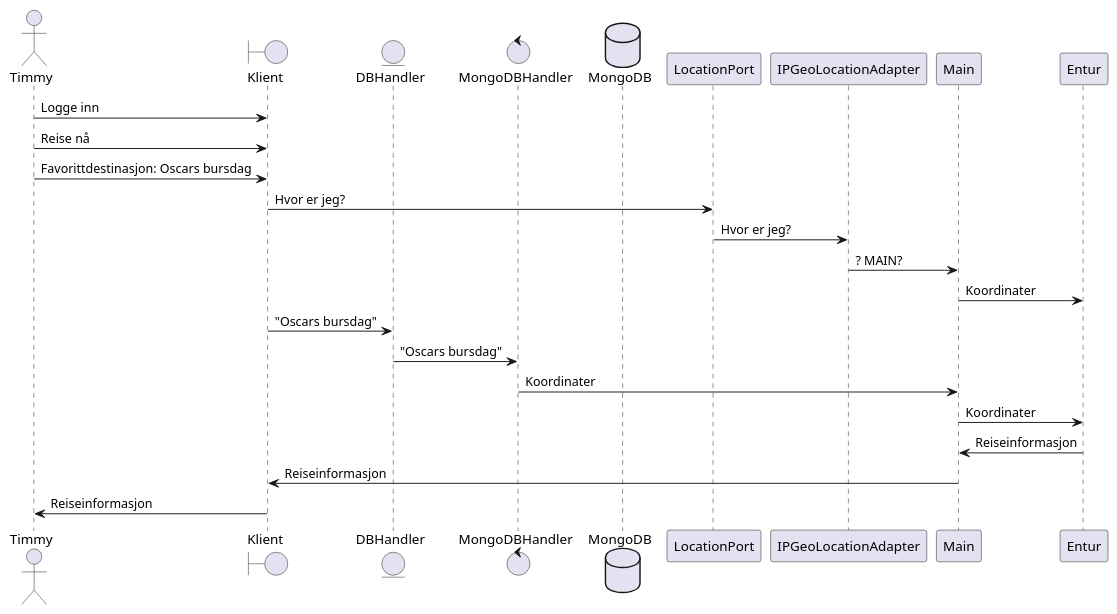
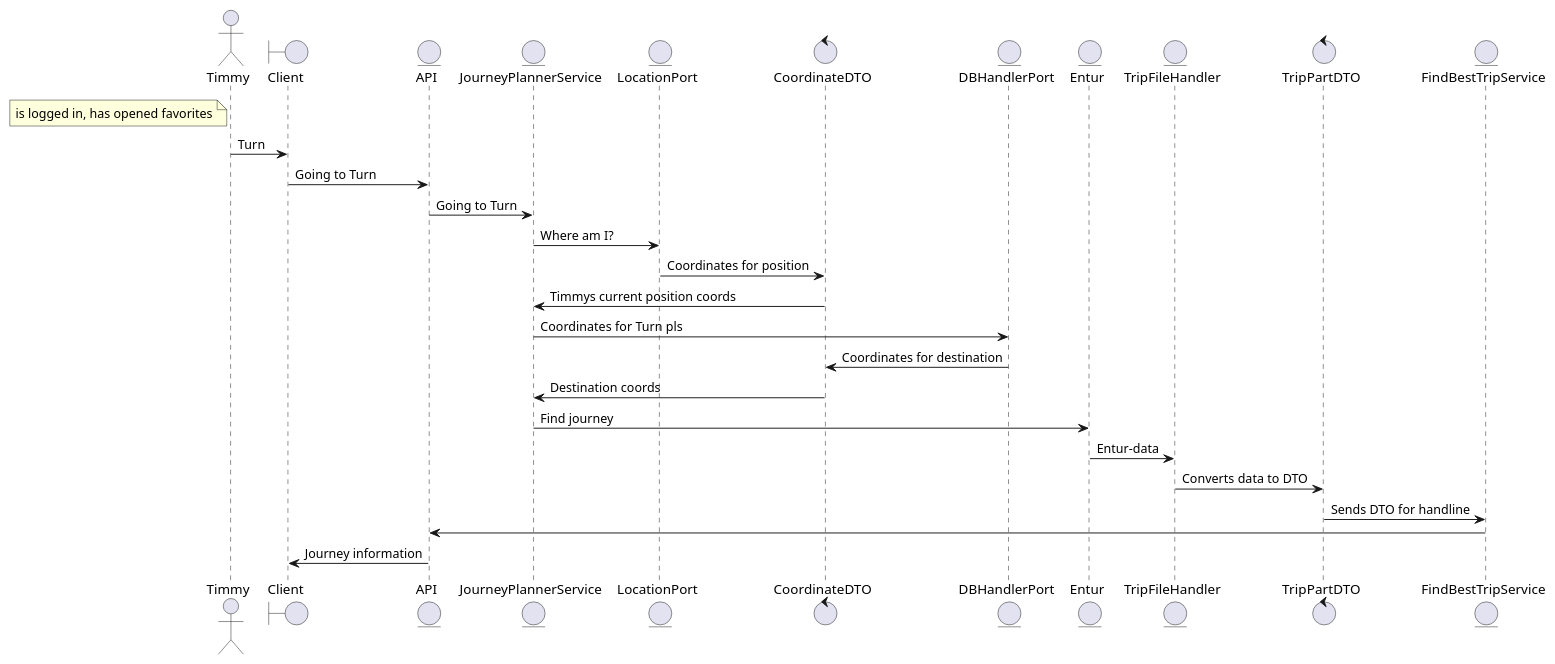
One commit to ditmann/Software-Gruppe-2 changed the diagram in PlantUML/timmyMottarDestinasjonFraMor.puml. Above: the diagram before and after it, drawn with PlantUML.

Commit message:
♻️ 🍆 New timmy flow

```diff
--- a/PlantUML/timmyMottarDestinasjonFraMor.puml
+++ b/PlantUML/timmyMottarDestinasjonFraMor.puml
@@ -1,30 +1,41 @@
 @startuml
 'https://plantuml.com/sequence-diagram
 
 actor Timmy
-boundary Klient
-entity DBHandler
-control MongoDBHandler
-database MongoDB
+boundary Client
+entity API
+entity JourneyPlannerService as jps
+entity LocationPort
+control CoordinateDTO as cdto
+entity DBHandlerPort as dbh
+entity Entur
+entity TripFileHandler
+control TripPartDTO as tpdto
+entity FindBestTripService as bts
+
 
 '------------'
 
-Timmy -> Klient: Logge inn
-Timmy -> Klient: Reise nå
-Timmy -> Klient: Favorittdestinasjon: Oscars bursdag
+note left of Timmy: is logged in, has opened favorites
+Timmy -> Client: Turn
 
-Klient -> LocationPort: Hvor er jeg?
-LocationPort -> IPGeoLocationAdapter: Hvor er jeg?
-IPGeoLocationAdapter -> Main: ? MAIN?
-Main -> Entur: Koordinater
-Klient -> DBHandler: "Oscars bursdag"
-DBHandler -> MongoDBHandler: "Oscars bursdag"
-MongoDBHandler -> Main: Koordinater
-Main -> Entur: Koordinater
-Entur -> Main: Reiseinformasjon
-Main -> Klient: Reiseinformasjon
-Klient -> Timmy: Reiseinformasjon
+Client -> API: Going to Turn
+API -> jps: Going to Turn
 
+jps -> LocationPort: Where am I?
+LocationPort -> cdto: Coordinates for position
+cdto -> jps: Timmys current position coords
+
+jps -> dbh: Coordinates for Turn pls
+dbh -> cdto: Coordinates for destination
+cdto -> jps: Destination coords
+
+jps -> Entur: Find journey
+Entur -> TripFileHandler: Entur-data
+TripFileHandler -> tpdto: Converts data to DTO
+tpdto -> bts: Sends DTO for handline
+bts -> API
+API -> Client: Journey information
 
 
 @enduml
```
